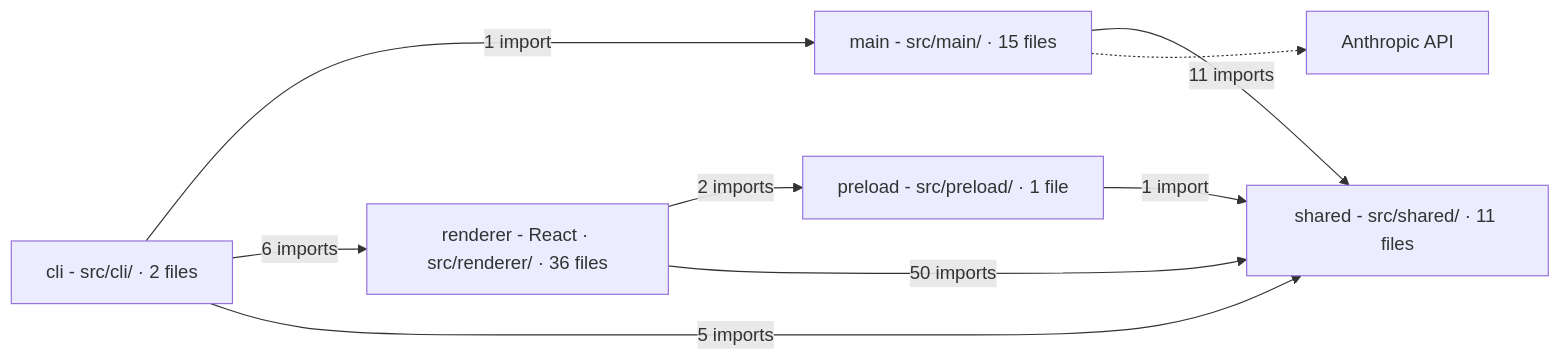
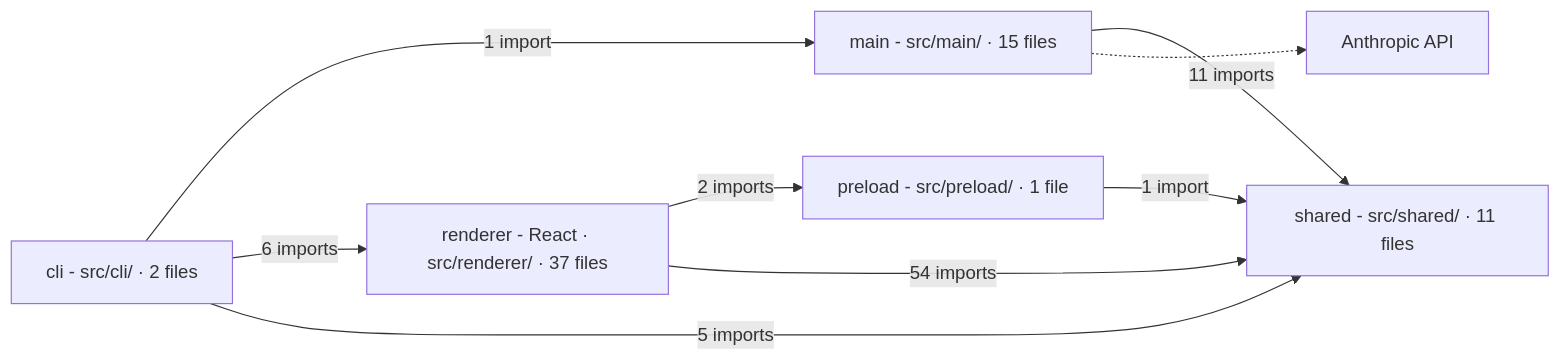
Before and after one commit to Sarthak-47/crtgrphr: the diagram in docs/architecture.md, drawn with Mermaid. The commit also changed 11 other files, not shown here.

````diff
--- a/docs/architecture.md
+++ b/docs/architecture.md
@@ -3,20 +3,20 @@
 ```mermaid
 flowchart LR
   dir_src_cli["cli - src/cli/ · 2 files"]
   dir_src_main["main - src/main/ · 15 files"]
   dir_src_preload["preload - src/preload/ · 1 file"]
-  dir_src_renderer["renderer - React · src/renderer/ · 36 files"]
+  dir_src_renderer["renderer - React · src/renderer/ · 37 files"]
   dir_src_shared["shared - src/shared/ · 11 files"]
   anthropic_api["Anthropic API"]
   dir_src_cli -->|"1 import"| dir_src_main
   dir_src_cli -->|"6 imports"| dir_src_renderer
   dir_src_cli -->|"5 imports"| dir_src_shared
   dir_src_main -->|"11 imports"| dir_src_shared
   dir_src_preload -->|"1 import"| dir_src_shared
   dir_src_renderer -->|"2 imports"| dir_src_preload
-  dir_src_renderer -->|"50 imports"| dir_src_shared
+  dir_src_renderer -->|"54 imports"| dir_src_shared
   dir_src_main -.-> anthropic_api
   class dir_src_cli,dir_src_main,dir_src_preload,dir_src_shared backend
   class dir_src_renderer frontend
   class anthropic_api service
 ```
````
